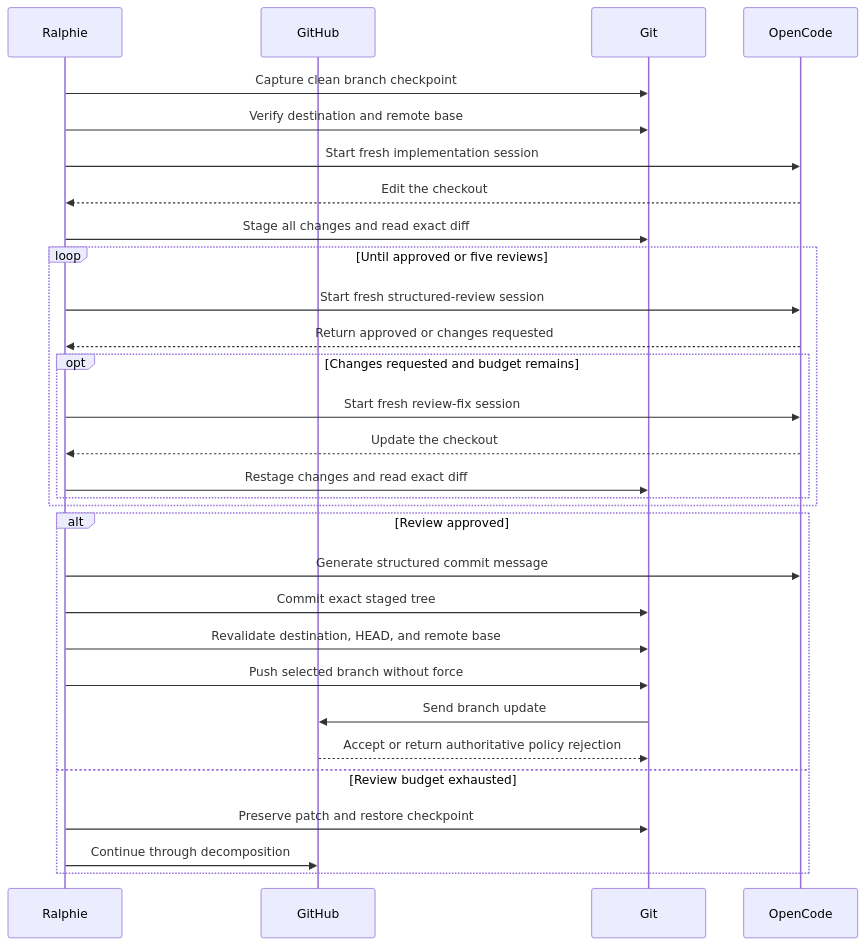
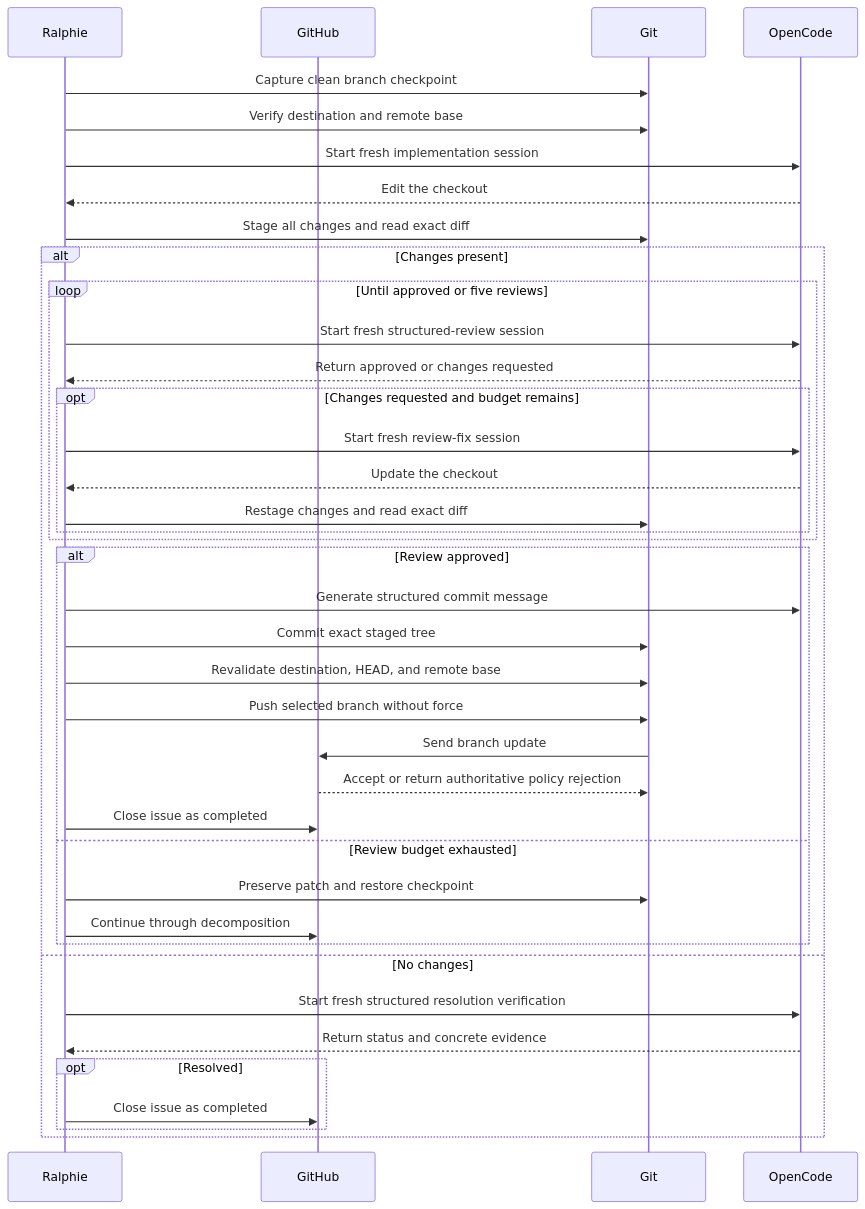
Before and after one commit to beremaran/ralphie: the second of 5 diagrams in README.md, drawn with Mermaid. The commit also changed other lines of this file and 27 other files, not shown here.

Commit message:
close resolved implementation issues

````diff
--- a/README.md
+++ b/README.md
@@ -150,35 +158,43 @@
 ```mermaid
 sequenceDiagram
     participant R as Ralphie
     participant GH as GitHub
     participant G as Git
     participant O as OpenCode
 
     R->>G: Capture clean branch checkpoint
     R->>G: Verify destination and remote base
     R->>O: Start fresh implementation session
     O-->>R: Edit the checkout
     R->>G: Stage all changes and read exact diff
 
-    loop Until approved or five reviews
-        R->>O: Start fresh structured-review session
-        O-->>R: Return approved or changes requested
-        opt Changes requested and budget remains
-            R->>O: Start fresh review-fix session
-            O-->>R: Update the checkout
-            R->>G: Restage changes and read exact diff
+    alt Changes present
+        loop Until approved or five reviews
+            R->>O: Start fresh structured-review session
+            O-->>R: Return approved or changes requested
+            opt Changes requested and budget remains
+                R->>O: Start fresh review-fix session
+                O-->>R: Update the checkout
+                R->>G: Restage changes and read exact diff
+            end
+        end
+        alt Review approved
+            R->>O: Generate structured commit message
+            R->>G: Commit exact staged tree
+            R->>G: Revalidate destination, HEAD, and remote base
+            R->>G: Push selected branch without force
+            G->>GH: Send branch update
+            GH-->>G: Accept or return authoritative policy rejection
+            R->>GH: Close issue as completed
+        else Review budget exhausted
+            R->>G: Preserve patch and restore checkpoint
+            R->>GH: Continue through decomposition
+        end
+    else No changes
+        R->>O: Start fresh structured resolution verification
+        O-->>R: Return status and concrete evidence
+        opt Resolved
+            R->>GH: Close issue as completed
         end
     end
-
-    alt Review approved
-        R->>O: Generate structured commit message
-        R->>G: Commit exact staged tree
-        R->>G: Revalidate destination, HEAD, and remote base
-        R->>G: Push selected branch without force
-        G->>GH: Send branch update
-        GH-->>G: Accept or return authoritative policy rejection
-    else Review budget exhausted
-        R->>G: Preserve patch and restore checkpoint
-        R->>GH: Continue through decomposition
-    end
 ```
````
